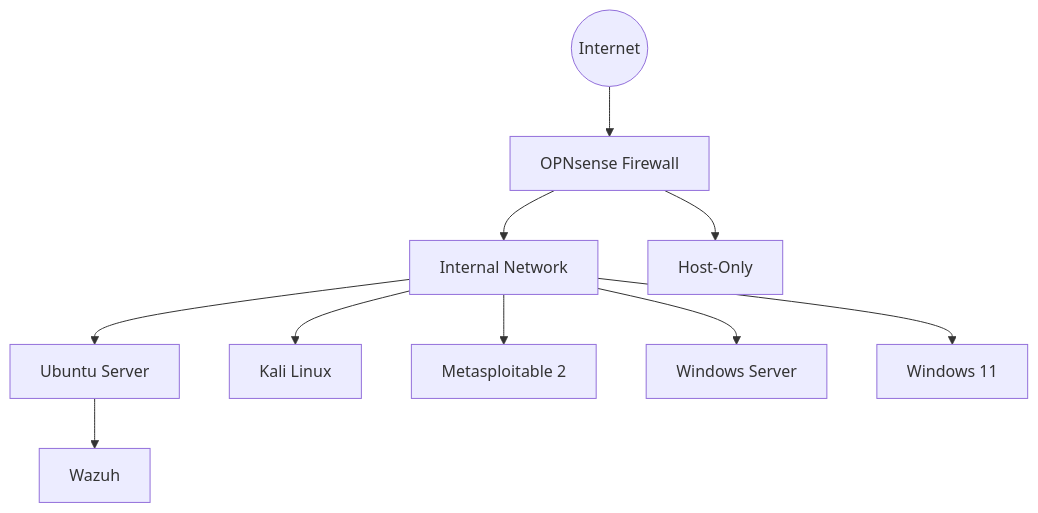
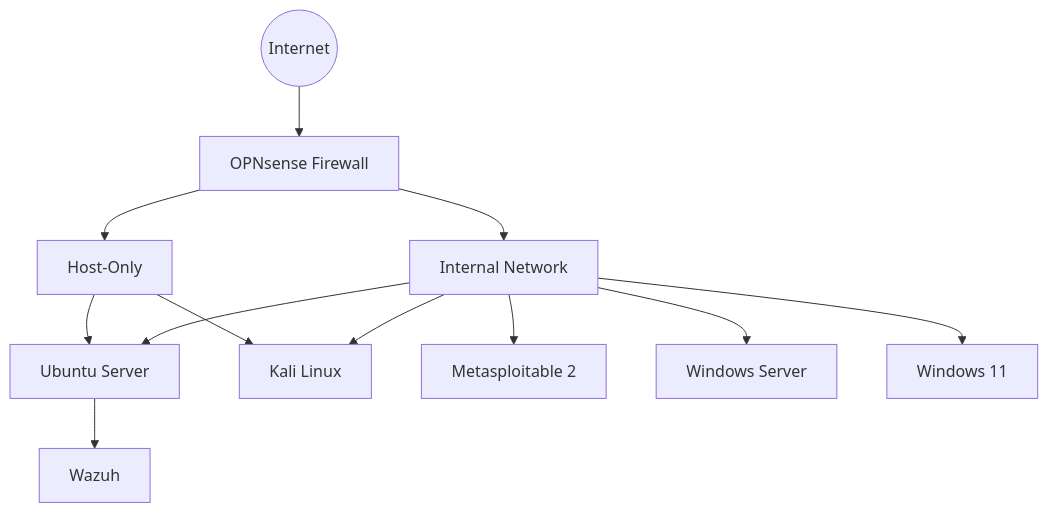
Before and after one commit to Nirus07/home-lab: the diagram in README.md, drawn with Mermaid.

Commit message:
Update network connections in README
Added connections from Host-Only network to Ubuntu Server and Kali Linux.

````diff
--- a/README.md
+++ b/README.md
@@ -7,14 +7,17 @@
 ```mermaid
 flowchart TD
     A((Internet)) --> B[OPNsense Firewall]
     B --> C[Internal Network]
     B --> E[Host-Only]
 
     C --> F[Ubuntu Server]
+    E --> F[Ubuntu Server]
     C --> G[Kali Linux]
+    E --> G[Kali Linux]
     C --> H[Metasploitable 2]
     C --> I[Windows Server]
     C --> J[Windows 11]
 
     F --> K[Wazuh]
+    
 ```
````
